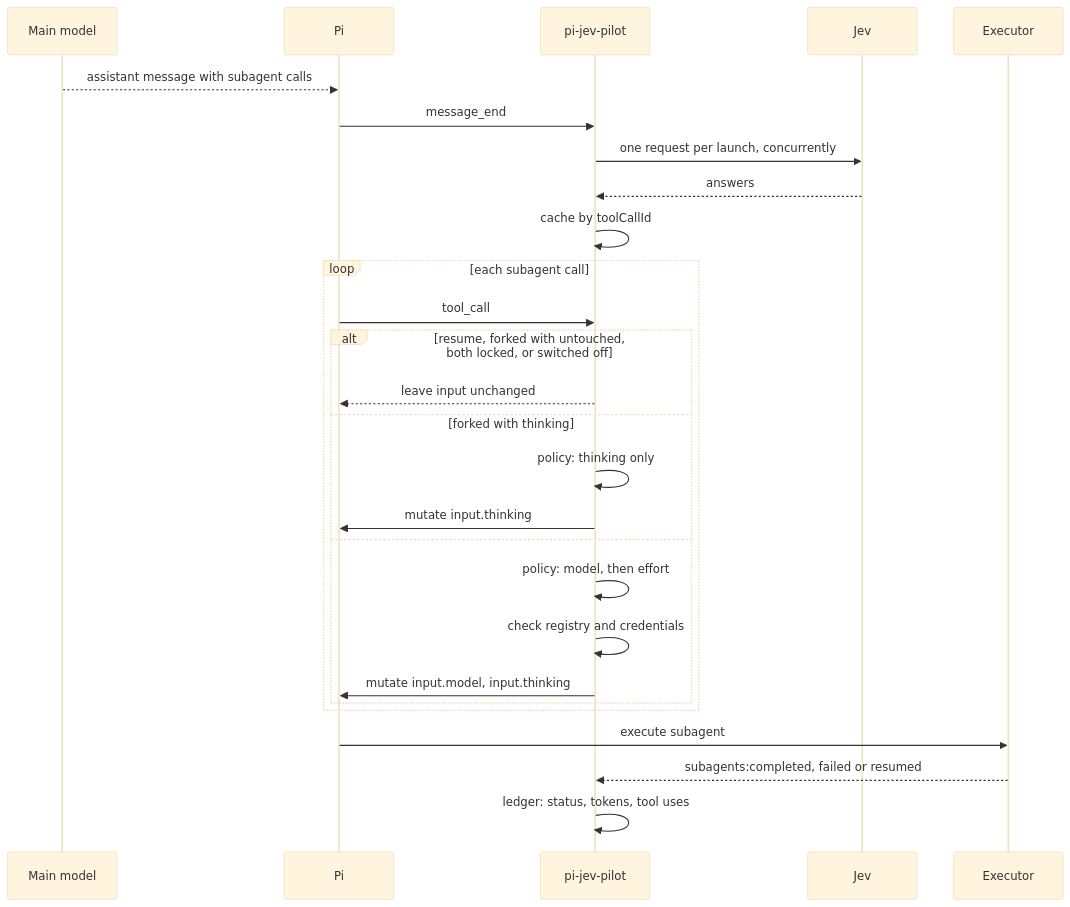
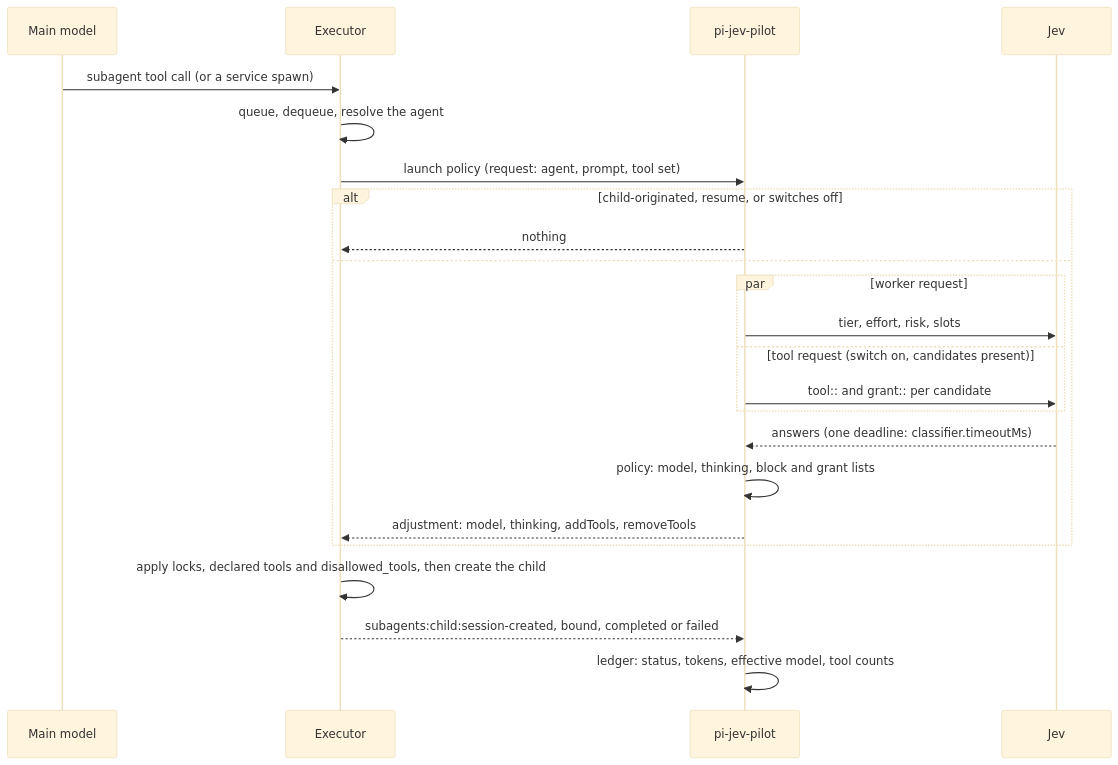
The second of 5 diagrams in docs/workflow.md (ttdua/pi-jev-pilot), drawn with Mermaid (base theme) before and after one commit. The commit also changed other lines of this file and 14 other files, not shown here.

Commit message:
docs: vendored executor, launch policy and tool grants

````diff
--- a/docs/workflow.md
+++ b/docs/workflow.md
@@ -57,30 +57,26 @@
 ```mermaid
 sequenceDiagram
     participant M as Main model
-    participant P as Pi
+    participant E as Executor
     participant X as pi-jev-pilot
     participant J as Jev
-    participant E as Executor
 
-    M-->>P: assistant message with subagent calls
-    P->>X: message_end
-    X->>J: one request per launch, concurrently
-    J-->>X: answers
-    X->>X: cache by toolCallId
-    loop each subagent call
-        P->>X: tool_call
-        alt resume, forked with untouched, both locked, or switched off
-            X-->>P: leave input unchanged
-        else forked with thinking
-            X->>X: policy: thinking only
-            X->>P: mutate input.thinking
-        else
-            X->>X: policy: model, then effort
-            X->>X: check registry and credentials
-            X->>P: mutate input.model, input.thinking
+    M->>E: subagent tool call (or a service spawn)
+    E->>E: queue, dequeue, resolve the agent
+    E->>X: launch policy (request: agent, prompt, tool set)
+    alt child-originated, resume, or switches off
+        X-->>E: nothing
+    else
+        par worker request
+            X->>J: tier, effort, risk, slots
+        and tool request (switch on, candidates present)
+            X->>J: tool:: and grant:: per candidate
         end
+        J-->>X: answers (one deadline: classifier.timeoutMs)
+        X->>X: policy: model, thinking, block and grant lists
+        X-->>E: adjustment: model, thinking, addTools, removeTools
     end
-    P->>E: execute subagent
-    E-->>X: subagents:completed, failed or resumed
-    X->>X: ledger: status, tokens, tool uses
+    E->>E: apply locks, declared tools and disallowed_tools, then create the child
+    E-->>X: subagents:child:session-created, bound, completed or failed
+    X->>X: ledger: status, tokens, effective model, tool counts
 ```
````
